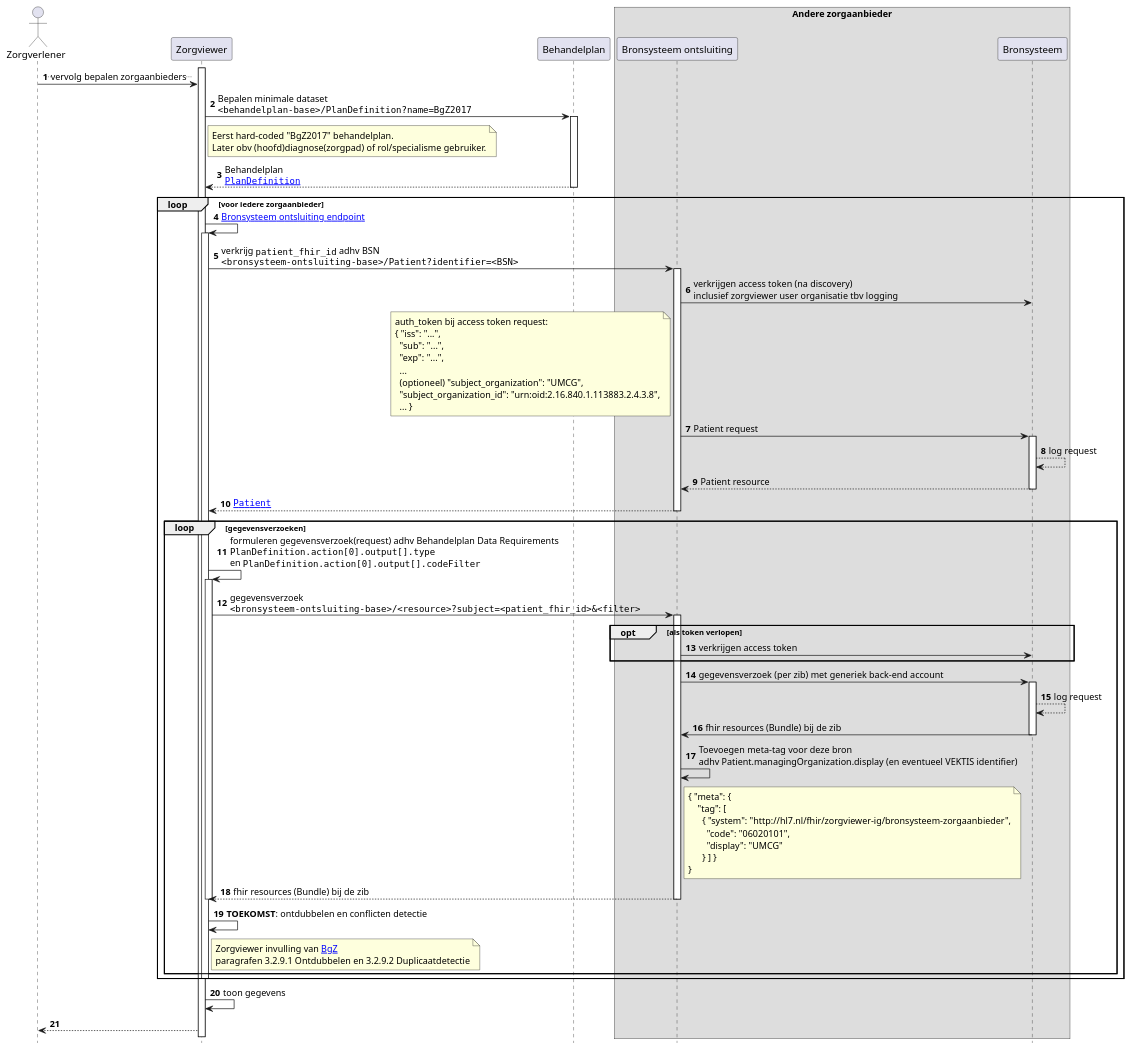
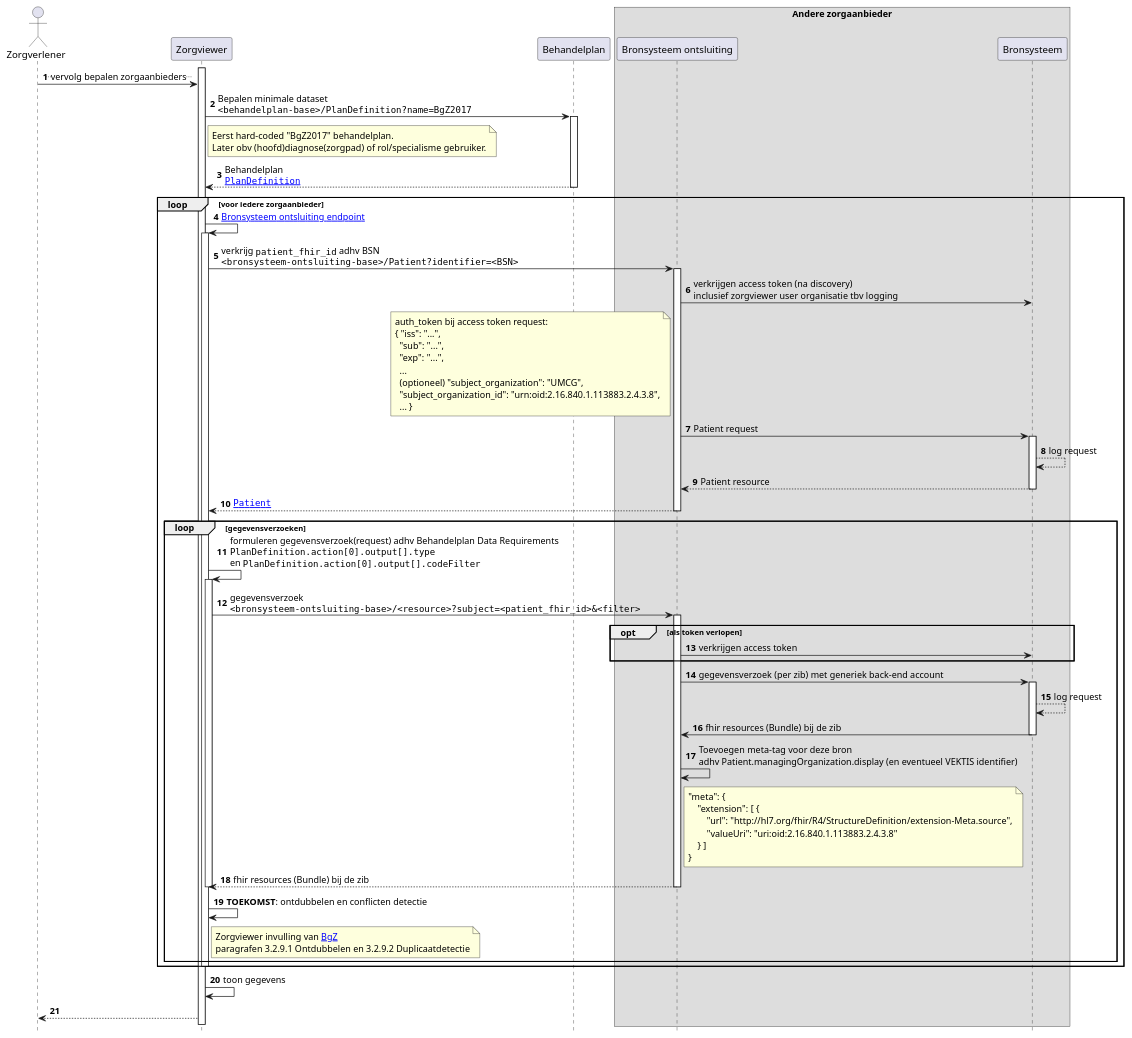
Before and after one commit to RIVO-Noord/zorgviewer-ig: the diagram in input/images-source/Zorgviewer-seq-3.plantuml, drawn with PlantUML. The commit also changed 8 other files, not shown here.

Commit message:
meta.source doorgevoerd

```diff
--- a/input/images-source/Zorgviewer-seq-3.plantuml
+++ b/input/images-source/Zorgviewer-seq-3.plantuml
@@ -1,84 +1,83 @@
 @startuml
 hide footbox
 autonumber
 
 actor Zorgverlener
 participant Zorgviewer
 participant Behandelplan
 box "Andere zorgaanbieder"
 participant "Bronsysteem ontsluiting" as Bron
 participant Bronsysteem
 end box
 
 activate Zorgviewer
 Zorgverlener->Zorgviewer: ..vervolg bepalen zorgaanbieders..
 Zorgviewer->Behandelplan: Bepalen minimale dataset\n""<behandelplan-base>/PlanDefinition?name=BgZ2017""
 note right Zorgviewer
   Eerst hard-coded "BgZ2017" behandelplan.
   Later obv (hoofd)diagnose(zorgpad) of rol/specialisme gebruiker.
 end note
 activate Behandelplan
 Behandelplan-->Zorgviewer: Behandelplan\n""[[StructureDefinition-PlanDefinition.html PlanDefinition]]""
 deactivate Behandelplan
 loop voor iedere zorgaanbieder
   Zorgviewer->Zorgviewer: [[Endpoint-UMCG.html Bronsysteem ontsluiting endpoint]]
   activate Zorgviewer
   Zorgviewer->Bron : verkrijg ""patient_fhir_id"" adhv BSN\n""<bronsysteem-ontsluiting-base>/Patient?identifier=<BSN>""
   activate Bron
   Bron->Bronsysteem : verkrijgen access token (na discovery)\ninclusief zorgviewer user organisatie tbv logging
   note left Bron
     auth_token bij access token request:
     { "iss": "...",
       "sub": "...",
       "exp": "...",
       ...
       (optioneel) "subject_organization": "UMCG",
       "subject_organization_id": "urn:oid:2.16.840.1.113883.2.4.3.8",
       ... }
   end note
   Bron->Bronsysteem : Patient request
   activate Bronsysteem
   Bronsysteem-->Bronsysteem: log request
   Bronsysteem-->Bron : Patient resource
   deactivate Bronsysteem
   Bron-->Zorgviewer : ""[[StructureDefinition-Patient.html Patient]]""
   deactivate Bron
   loop gegevensverzoeken
     Zorgviewer->Zorgviewer: formuleren gegevensverzoek(request) adhv Behandelplan Data Requirements\n""PlanDefinition.action[0].output[].type""\nen ""PlanDefinition.action[0].output[].codeFilter""
     activate Zorgviewer
     Zorgviewer->Bron: gegevensverzoek\n""<bronsysteem-ontsluiting-base>/<resource>?subject=<patient_fhir_id>&<filter>""
     activate Bron
     opt als token verlopen
       Bron->Bronsysteem : verkrijgen access token
     end opt
     Bron->Bronsysteem : gegevensverzoek (per zib) met generiek back-end account
     activate Bronsysteem
     Bronsysteem-->Bronsysteem: log request
     Bronsysteem->Bron: fhir resources (Bundle) bij de zib
     deactivate Bronsysteem
     Bron->Bron: Toevoegen meta-tag voor deze bron\nadhv Patient.managingOrganization.display (en eventueel VEKTIS identifier)
     note right Bron
-{ "meta": {
-    "tag": [
-      { "system": "http://hl7.nl/fhir/zorgviewer-ig/bronsysteem-zorgaanbieder",
-        "code": "06020101",
-        "display": "UMCG"
-      } ] }
+"meta": {
+    "extension": [ {
+        "url": "http://hl7.org/fhir/R4/StructureDefinition/extension-Meta.source",
+        "valueUri": "uri:oid:2.16.840.1.113883.2.4.3.8"
+    } ]
 }
     end note
     Bron-->Zorgviewer: fhir resources (Bundle) bij de zib
     deactivate Bron
     deactivate Zorgviewer
     Zorgviewer->Zorgviewer: **TOEKOMST**: ontdubbelen en conflicten detectie
     note right of Zorgviewer
       Zorgviewer invulling van [[https://informatiestandaarden.nictiz.nl/wiki/BgZ:V1.0_BgZ_MSZ_Informatiestandaard BgZ]] 
       paragrafen 3.2.9.1 Ontdubbelen en 3.2.9.2 Duplicaatdetectie
     end note
   end
   deactivate Zorgviewer
 end
 
 Zorgviewer->Zorgviewer: toon gegevens
 Zorgviewer-->Zorgverlener
 
 @enduml
```
